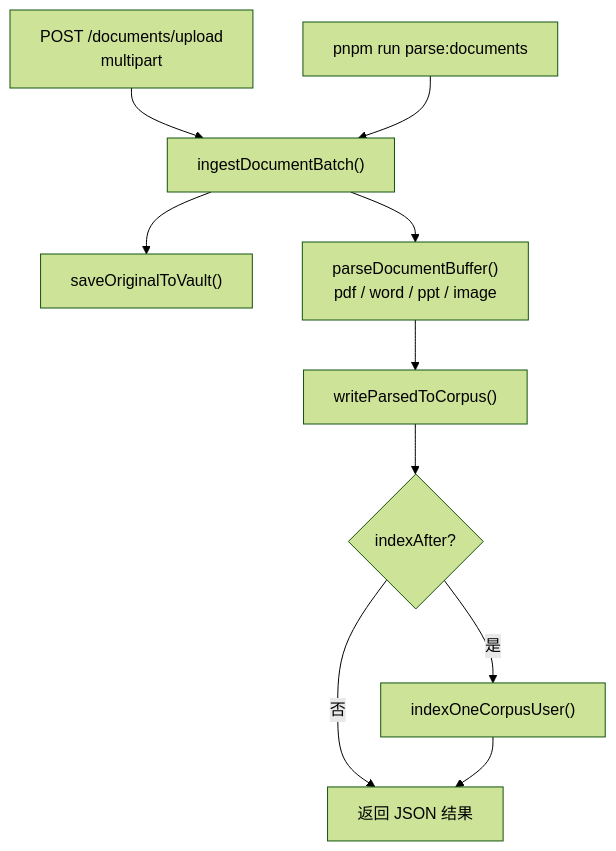
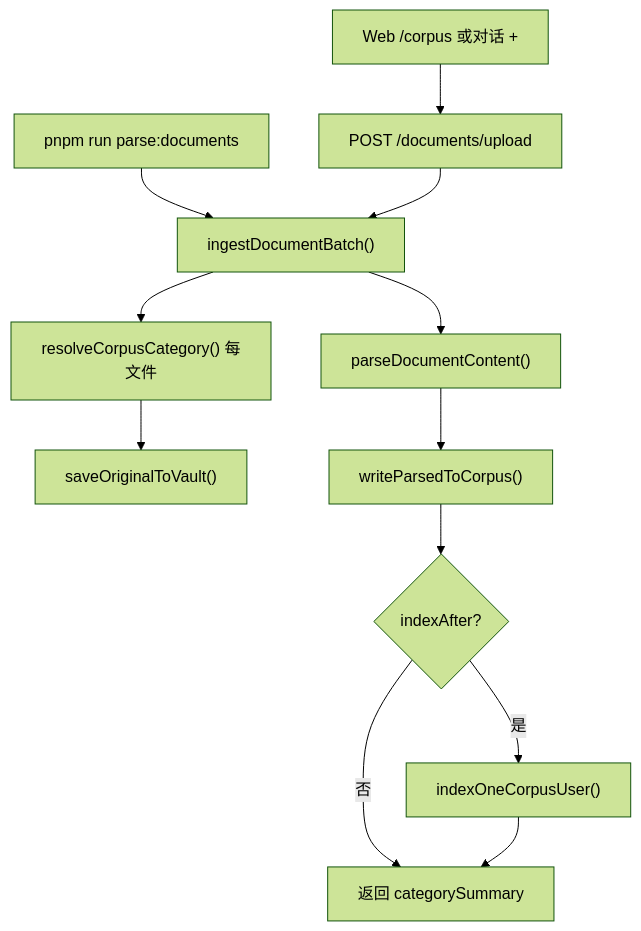
One commit to panzhanfei/fambrain-agents changed the tenth of 12 diagrams in docs/02-agent-flows.md. Above: the diagram before and after it, drawn with Mermaid (forest theme). The commit also changed other lines of this file and 6 other files, not shown here.

````diff
--- a/docs/02-agent-flows.md
+++ b/docs/02-agent-flows.md
@@ -343,12 +350,14 @@
 ```mermaid
 flowchart TD
-  API["POST /documents/upload<br/>multipart"] --> BATCH["ingestDocumentBatch()"]
+  WEB["Web /corpus 或对话 +"] --> API["POST /documents/upload"]
   CLI["pnpm run parse:documents"] --> BATCH
-  BATCH --> VAULT["saveOriginalToVault()"]
-  BATCH --> PARSE["parseDocumentBuffer()<br/>pdf / word / ppt / image"]
+  API --> BATCH["ingestDocumentBatch()"]
+  BATCH --> CLASS["resolveCorpusCategory() 每文件"]
+  CLASS --> VAULT["saveOriginalToVault()"]
+  BATCH --> PARSE["parseDocumentContent()"]
   PARSE --> MD["writeParsedToCorpus()"]
   MD --> IDX{indexAfter?}
   IDX -->|是| KI["indexOneCorpusUser()"]
-  IDX -->|否| DONE[返回 JSON 结果]
+  IDX -->|否| DONE[返回 categorySummary]
   KI --> DONE
 ```
````
